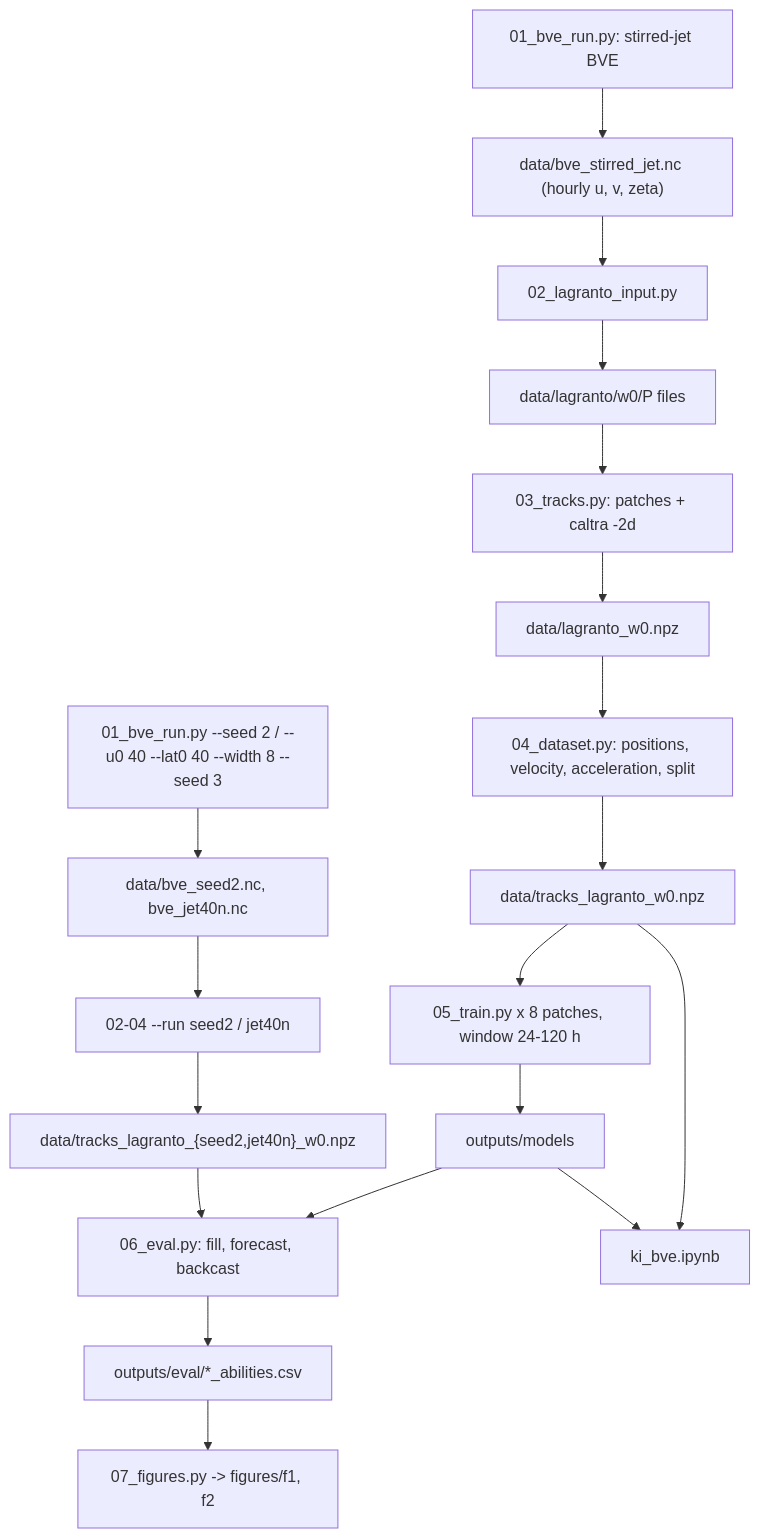
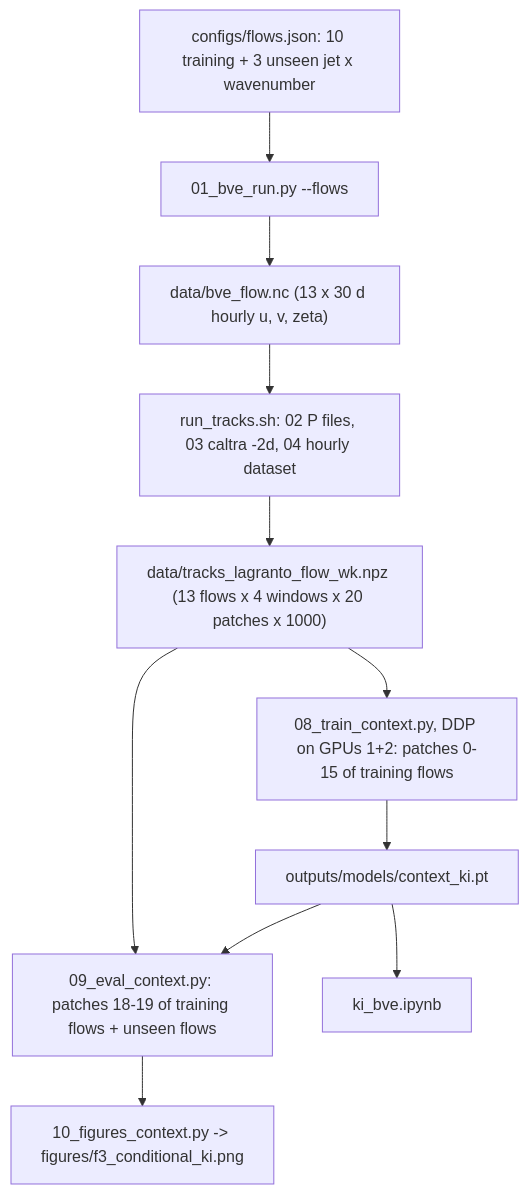
The diagram in 01_bve/README.md (yanxingjianken/ki-lagrangian-tracks), drawn with Mermaid before and after one commit. The commit also changed other lines of this file and 23 other files, not shown here.

First line of the commit message:
01_bve: conditional KI (context transformer) for forecasts and backcasts; 02 becomes Dinosaur

````diff
--- a/01_bve/README.md
+++ b/01_bve/README.md
@@ -29,15 +28,10 @@
 ```mermaid
 graph TD
-    A["01_bve_run.py: stirred-jet BVE"] --> B["data/bve_stirred_jet.nc (hourly u, v, zeta)"]
-    B --> C["02_lagranto_input.py"] --> D["data/lagranto/w0/P files"]
-    D --> E["03_tracks.py: patches + caltra -2d"] --> F["data/lagranto_w0.npz"]
-    F --> G["04_dataset.py: positions, velocity, acceleration, split"] --> H["data/tracks_lagranto_w0.npz"]
-    H --> I["05_train.py x 8 patches, window 24-120 h"] --> J["outputs/models"]
-    A2["01_bve_run.py --seed 2 / --u0 40 --lat0 40 --width 8 --seed 3"] --> B2["data/bve_seed2.nc, bve_jet40n.nc"]
-    B2 --> C2["02-04 --run seed2 / jet40n"] --> H2["data/tracks_lagranto_{seed2,jet40n}_w0.npz"]
-    J --> K["06_eval.py: fill, forecast, backcast"]
-    H2 --> K
-    K --> L["outputs/eval/*_abilities.csv"] --> M["07_figures.py -> figures/f1, f2"]
-    H --> N["ki_bve.ipynb"]
-    J --> N
+    C["configs/flows.json: 10 training + 3 unseen jet x wavenumber"] --> R["01_bve_run.py --flows"] --> B["data/bve_flow.nc (13 x 30 d hourly u, v, zeta)"]
+    B --> T["run_tracks.sh: 02 P files, 03 caltra -2d, 04 hourly dataset"] --> D["data/tracks_lagranto_flow_wk.npz (13 flows x 4 windows x 20 patches x 1000)"]
+    D --> TR["08_train_context.py, DDP on GPUs 1+2: patches 0-15 of training flows"] --> M["outputs/models/context_ki.pt"]
+    M --> E["09_eval_context.py: patches 18-19 of training flows + unseen flows"]
+    D --> E
+    E --> F["10_figures_context.py -> figures/f3_conditional_ki.png"]
+    M --> N["ki_bve.ipynb"]
 ```
````
